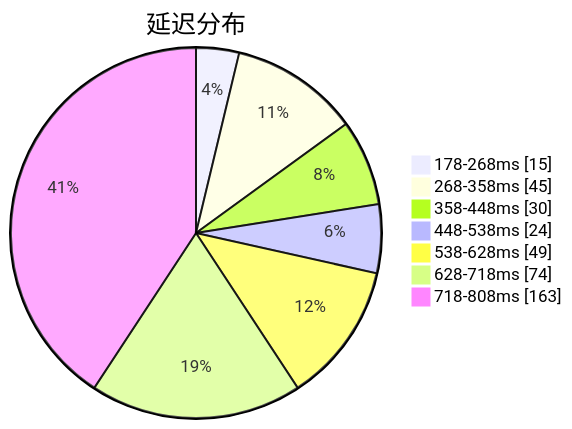
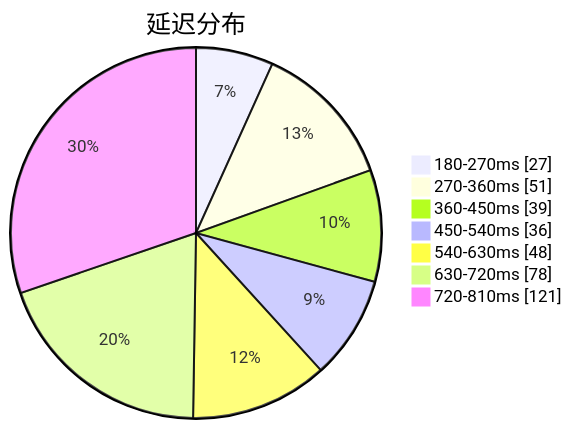
One commit to qjlxg/airport changed the first of 3 diagrams in subs/statistics/tested_within.md. Above: the diagram before and after it, drawn with Mermaid. The commit also changed other lines of this file and 2 other files, not shown here.

````diff
--- a/subs/statistics/tested_within.md
+++ b/subs/statistics/tested_within.md
@@ -2,11 +2,11 @@
 ```mermaid
 pie showData
 title 延迟分布
-"178-268ms" : 15
-"268-358ms" : 45
-"358-448ms" : 30
-"448-538ms" : 24
-"538-628ms" : 49
-"628-718ms" : 74
-"718-808ms" : 163
+"180-270ms" : 27
+"270-360ms" : 51
+"360-450ms" : 39
+"450-540ms" : 36
+"540-630ms" : 48
+"630-720ms" : 78
+"720-810ms" : 121
 ```
````
